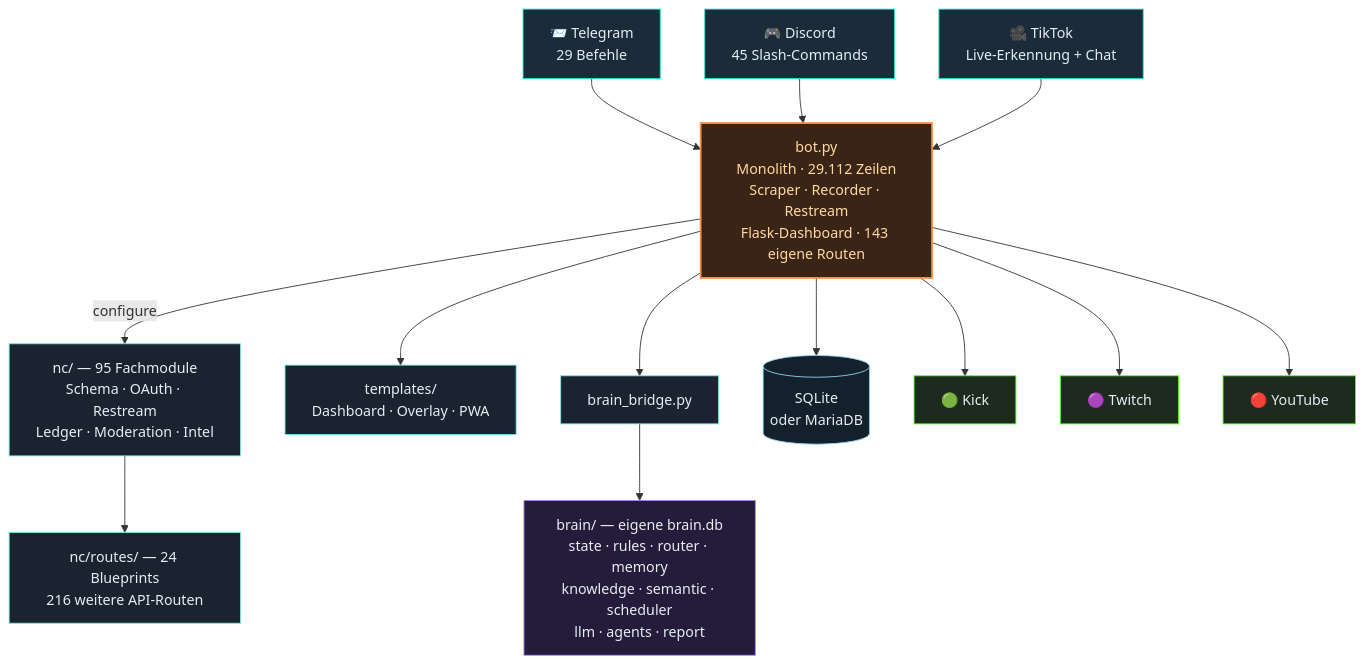
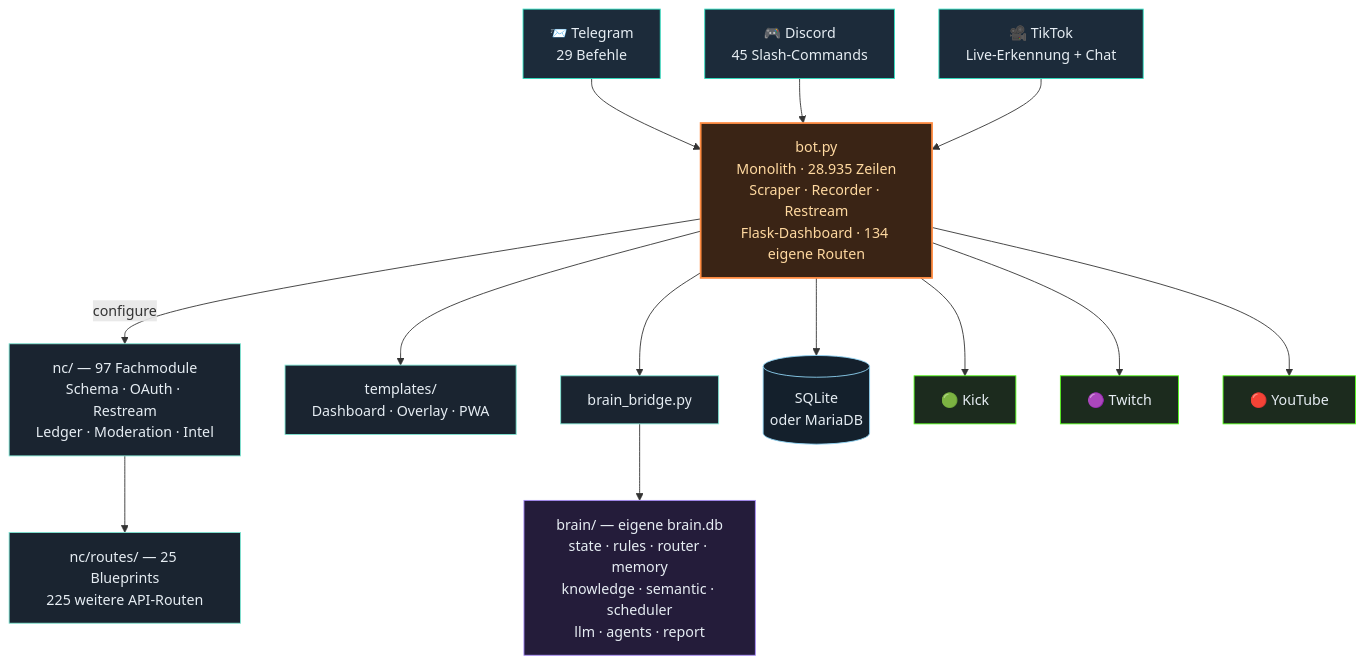
The third of 4 diagrams in README.md (itsamemedev/Telegram-Stream-Info-Bot), drawn with Mermaid before and after one commit. The commit also changed other lines of this file and 17 other files, not shown here.

````diff
--- a/README.md
+++ b/README.md
@@ -189,30 +189,30 @@
 ```mermaid
 flowchart TB
     TG["📨 Telegram<br/>29 Befehle"]:::ein
     DC["🎮 Discord<br/>45 Slash-Commands"]:::ein
     TT["🎥 TikTok<br/>Live-Erkennung + Chat"]:::ein
 
     TG --> BOT
     DC --> BOT
     TT --> BOT
 
-    BOT["bot.py<br/>Monolith · 29.112 Zeilen<br/>Scraper · Recorder · Restream<br/>Flask-Dashboard · 143 eigene Routen"]:::core
+    BOT["bot.py<br/>Monolith · 28.935 Zeilen<br/>Scraper · Recorder · Restream<br/>Flask-Dashboard · 134 eigene Routen"]:::core
 
-    BOT -->|configure| NC["nc/ — 95 Fachmodule<br/>Schema · OAuth · Restream<br/>Ledger · Moderation · Intel"]:::lib
-    NC --> RT["nc/routes/ — 24 Blueprints<br/>216 weitere API-Routen"]:::lib
+    BOT -->|configure| NC["nc/ — 97 Fachmodule<br/>Schema · OAuth · Restream<br/>Ledger · Moderation · Intel"]:::lib
+    NC --> RT["nc/routes/ — 25 Blueprints<br/>225 weitere API-Routen"]:::lib
     BOT --> TPL["templates/<br/>Dashboard · Overlay · PWA"]:::lib
     BOT --> BR["brain_bridge.py"]:::lib
     BR --> BRAIN["brain/ — eigene brain.db<br/>state · rules · router · memory<br/>knowledge · semantic · scheduler<br/>llm · agents · report"]:::brain
     BOT --> DB[("SQLite<br/>oder MariaDB")]:::db
 
     BOT --> KICK["🟢 Kick"]:::out
     BOT --> TW["🟣 Twitch"]:::out
     BOT --> YT["🔴 YouTube"]:::out
 
     classDef ein fill:#1c2b3a,stroke:#2de1c2,color:#e6edf3
     classDef core fill:#3a2415,stroke:#ff8c42,stroke-width:2px,color:#ffd9a0
     classDef lib fill:#1a2430,stroke:#7fe7d4,color:#e6edf3
     classDef brain fill:#241c3a,stroke:#a78bfa,color:#e6edf3
     classDef db fill:#14202c,stroke:#8fd3f4,color:#e6edf3
     classDef out fill:#1c2b1e,stroke:#53fc18,color:#e6edf3
 ```
````
